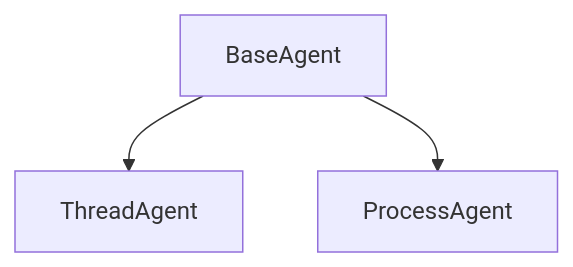
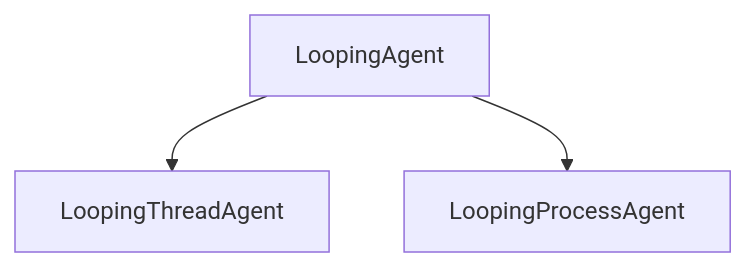
The second of 2 diagrams in docs/learn/agents/index.md (giulio333/PyOrchestrateDocumentation), drawn with Mermaid before and after one commit. The commit also changed other lines of this file, not shown here.

````diff
--- a/docs/learn/agents/index.md
+++ b/docs/learn/agents/index.md
@@ -251,5 +250,5 @@
 ```mermaid
 graph TD
-    BaseAgent --> ThreadAgent
-    BaseAgent --> ProcessAgent
+    LoopingAgent --> LoopingThreadAgent
+    LoopingAgent --> LoopingProcessAgent
 ```
````
